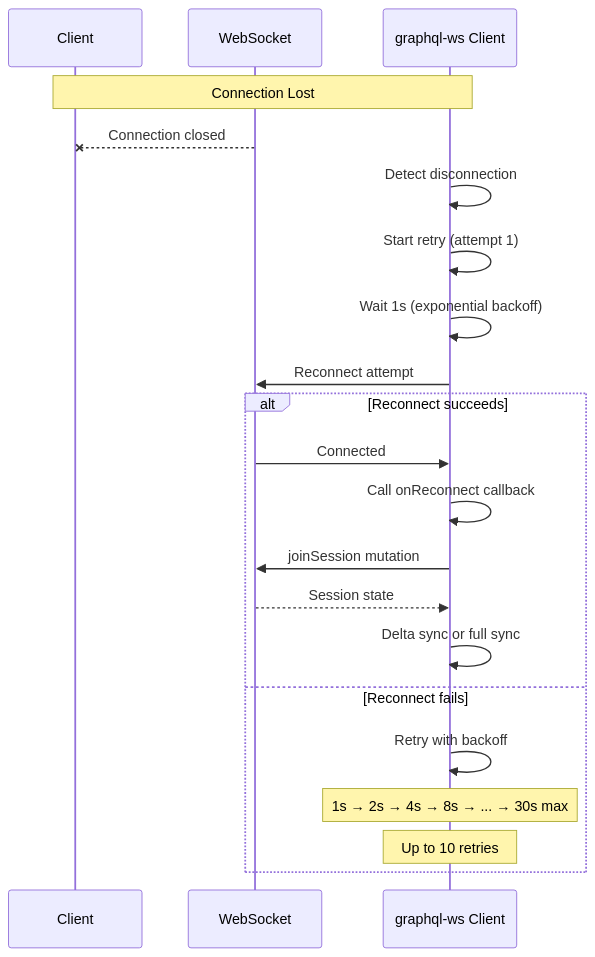
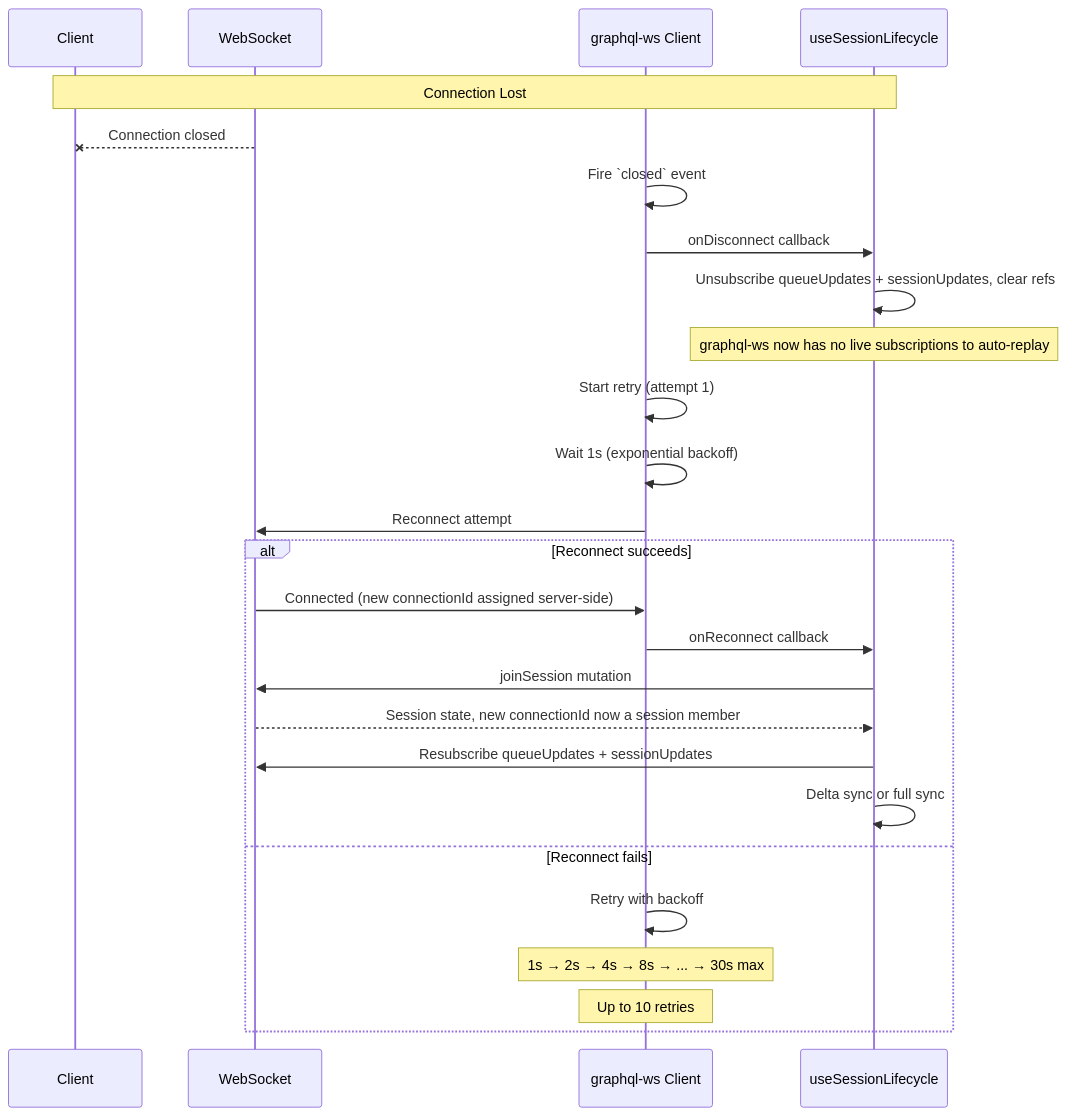
Before and after one commit to LucVermeer/board-analysis: the seventh of 14 diagrams in docs/websocket-implementation.md, drawn with Mermaid. The commit also changed other lines of this file and 2 other files, not shown here.

Commit message:
Add regression tests for onDisconnect teardown; refresh reconnect docs
Two regression tests cover the race fix:

- graphql-client.test.ts: unit-tests the new wiring at the client
  boundary — invoking the graphql-ws `closed` handler must call
  the consumer's onDisconnect on every close.
- session-lifecycle-disconnect.test.tsx: integration-tests the
  lifecycle hook — driving the captured onDisconnect after the hook
  has started its queue + session subscriptions must call both
  unsubscribe handles, so graphql-ws has nothing to auto-replay on
  the next socket.

docs/websocket-implementation.md: the reconnect sequence diagram and
recovery-mechanism bullets previously implied
`connected → onReconnect → joinSession`. They now show the real
flow: `closed → onDisconnect tears down subs → connected →
onReconnect → joinSession → resubscribe`.

````diff
--- a/docs/websocket-implementation.md
+++ b/docs/websocket-implementation.md
@@ -745,26 +745,31 @@
 ```mermaid
 sequenceDiagram
     participant C as Client
     participant WS as WebSocket
     participant G as graphql-ws Client
+    participant L as useSessionLifecycle
 
-    Note over C,G: Connection Lost
+    Note over C,L: Connection Lost
 
     WS--xC: Connection closed
-    G->>G: Detect disconnection
+    G->>G: Fire `closed` event
+    G->>L: onDisconnect callback
+    L->>L: Unsubscribe queueUpdates + sessionUpdates, clear refs
+    Note over L: graphql-ws now has no live subscriptions to auto-replay
     G->>G: Start retry (attempt 1)
     G->>G: Wait 1s (exponential backoff)
     G->>WS: Reconnect attempt
 
     alt Reconnect succeeds
-        WS->>G: Connected
-        G->>G: Call onReconnect callback
-        G->>WS: joinSession mutation
-        WS-->>G: Session state
-        G->>G: Delta sync or full sync
+        WS->>G: Connected (new connectionId assigned server-side)
+        G->>L: onReconnect callback
+        L->>WS: joinSession mutation
+        WS-->>L: Session state, new connectionId now a session member
+        L->>WS: Resubscribe queueUpdates + sessionUpdates
+        L->>L: Delta sync or full sync
     else Reconnect fails
         G->>G: Retry with backoff
         Note over G: 1s → 2s → 4s → 8s → ... → 30s max
         Note over G: Up to 10 retries
     end
 ```
````
